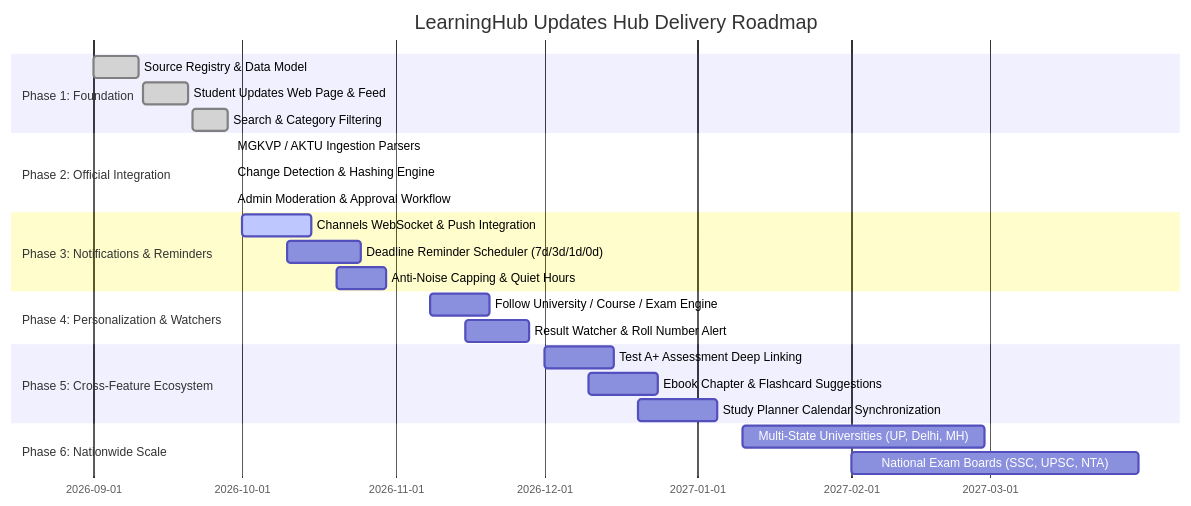
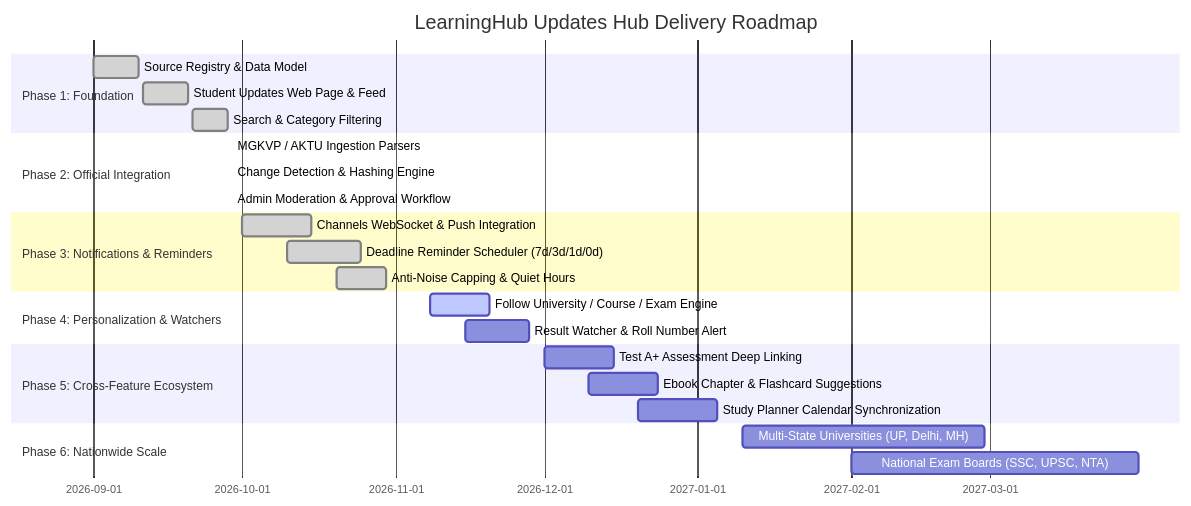
The diagram in UPDATE_ROADMAP.md (Pritamchaurasiya/Learning_Hub), drawn with Mermaid before and after one commit. The commit also changed other lines of this file and 12 other files, not shown here.

Commit message:
feat(updates): implement Phase 3 multi-channel notifications, anti-noise engine, and quiet hours enforcement

````diff
--- a/UPDATE_ROADMAP.md
+++ b/UPDATE_ROADMAP.md
@@ -10,27 +10,27 @@
 ```mermaid
 gantt
     title LearningHub Updates Hub Delivery Roadmap
     dateFormat  YYYY-MM-DD
     section Phase 1: Foundation
     Source Registry & Data Model            :done, p1_1, 2026-09-01, 2026-09-10
     Student Updates Web Page & Feed         :done, p1_2, 2026-09-11, 2026-09-20
     Search & Category Filtering             :done, p1_3, 2026-09-21, 2026-09-28
     section Phase 2: Official Integration
     MGKVP / AKTU Ingestion Parsers          :done, p2_1, 2026-09-29, 2026-09-29
     Change Detection & Hashing Engine       :done, p2_2, 2026-09-29, 2026-09-29
     Admin Moderation & Approval Workflow    :done, p2_3, 2026-09-29, 2026-09-29
     section Phase 3: Notifications & Reminders
-    Channels WebSocket & Push Integration   :active, p3_1, 2026-10-01, 2026-10-15
-    Deadline Reminder Scheduler (7d/3d/1d/0d):p3_2, 2026-10-10, 2026-10-25
-    Anti-Noise Capping & Quiet Hours        :p3_3, 2026-10-20, 2026-10-30
+    Channels WebSocket & Push Integration   :done, p3_1, 2026-10-01, 2026-10-15
+    Deadline Reminder Scheduler (7d/3d/1d/0d):done, p3_2, 2026-10-10, 2026-10-25
+    Anti-Noise Capping & Quiet Hours        :done, p3_3, 2026-10-20, 2026-10-30
     section Phase 4: Personalization & Watchers
-    Follow University / Course / Exam Engine:p4_1, 2026-11-08, 2026-11-20
+    Follow University / Course / Exam Engine:active, p4_1, 2026-11-08, 2026-11-20
     Result Watcher & Roll Number Alert      :p4_2, 2026-11-15, 2026-11-28
     section Phase 5: Cross-Feature Ecosystem
     Test A+ Assessment Deep Linking         :p5_1, 2026-12-01, 2026-12-15
     Ebook Chapter & Flashcard Suggestions   :p5_2, 2026-12-10, 2026-12-24
     Study Planner Calendar Synchronization  :p5_3, 2026-12-20, 2027-01-05
     section Phase 6: Nationwide Scale
     Multi-State Universities (UP, Delhi, MH):p6_1, 2027-01-10, 2027-02-28
     National Exam Boards (SSC, UPSC, NTA)   :p6_2, 2027-02-01, 2027-03-31
 ```
````
